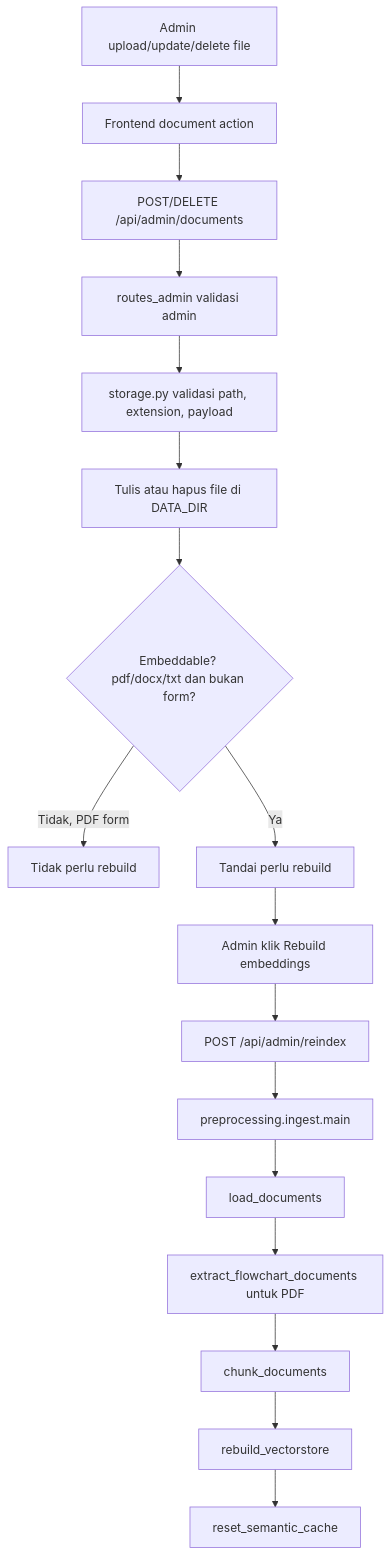
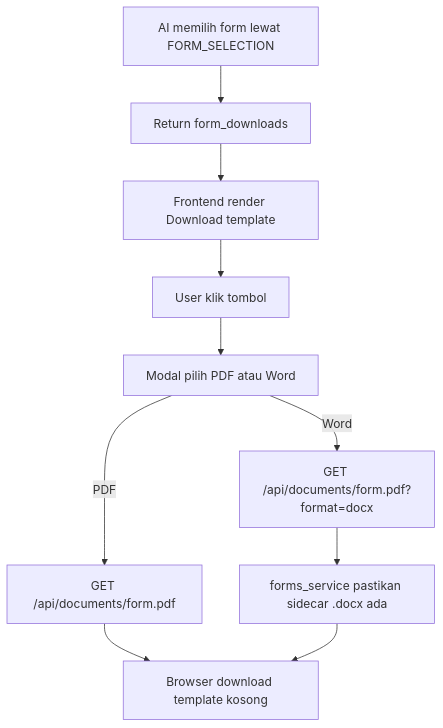
The third of 5 diagrams in Capstone/docs/SYSTEM_FLOWS.md (Akram17t/Internship), drawn with Mermaid before and after one commit. The commit also changed other lines of this file and 43 other files, not shown here.

````diff
--- a/Capstone/docs/SYSTEM_FLOWS.md
+++ b/Capstone/docs/SYSTEM_FLOWS.md
@@ -140,19 +60,12 @@
 ```mermaid
 flowchart TD
-  A[Admin upload/update/delete file] --> B[Frontend document action]
-  B --> C[POST/DELETE /api/admin/documents]
-  C --> D[routes_admin validasi admin]
-  D --> E[storage.py validasi path, extension, payload]
-  E --> F[Tulis atau hapus file di DATA_DIR]
-  F --> G{Embeddable? pdf/docx/txt dan bukan form?}
-  G -->|Tidak, PDF form| H[Tidak perlu rebuild]
-  G -->|Ya| I[Tandai perlu rebuild]
-  I --> J[Admin klik Rebuild embeddings]
-  J --> K[POST /api/admin/reindex]
-  K --> L[preprocessing.ingest.main]
-  L --> M[load_documents]
-  M --> N[extract_flowchart_documents untuk PDF]
-  N --> O[chunk_documents]
-  O --> P[rebuild_vectorstore]
-  P --> Q[reset_semantic_cache]
+  A[AI memilih form lewat FORM_SELECTION] --> B[Return form_downloads]
+  B --> C[Frontend render Download template]
+  C --> D[User klik tombol]
+  D --> E[Modal pilih PDF atau Word]
+  E -->|PDF| F[GET /api/documents/form.pdf]
+  E -->|Word| G[GET /api/documents/form.pdf?format=docx]
+  G --> H[forms_service pastikan sidecar .docx ada]
+  F --> I[Browser download template kosong]
+  H --> I
 ```
````
